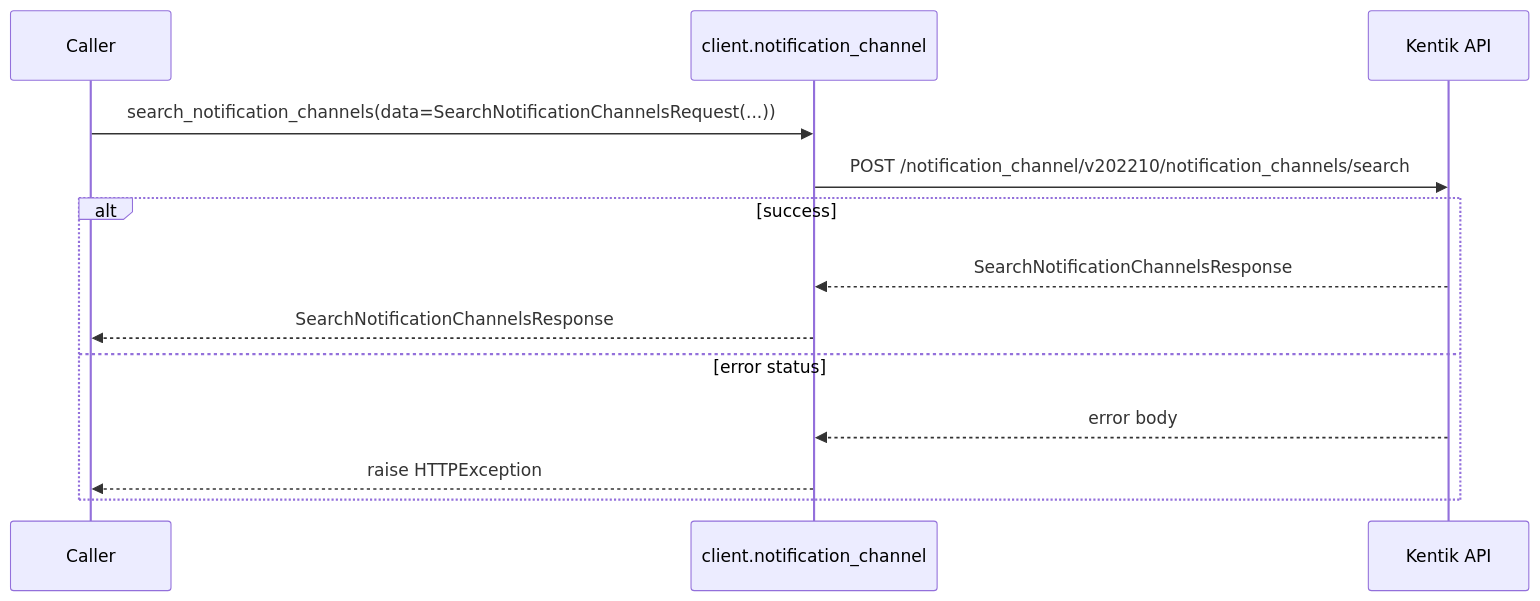
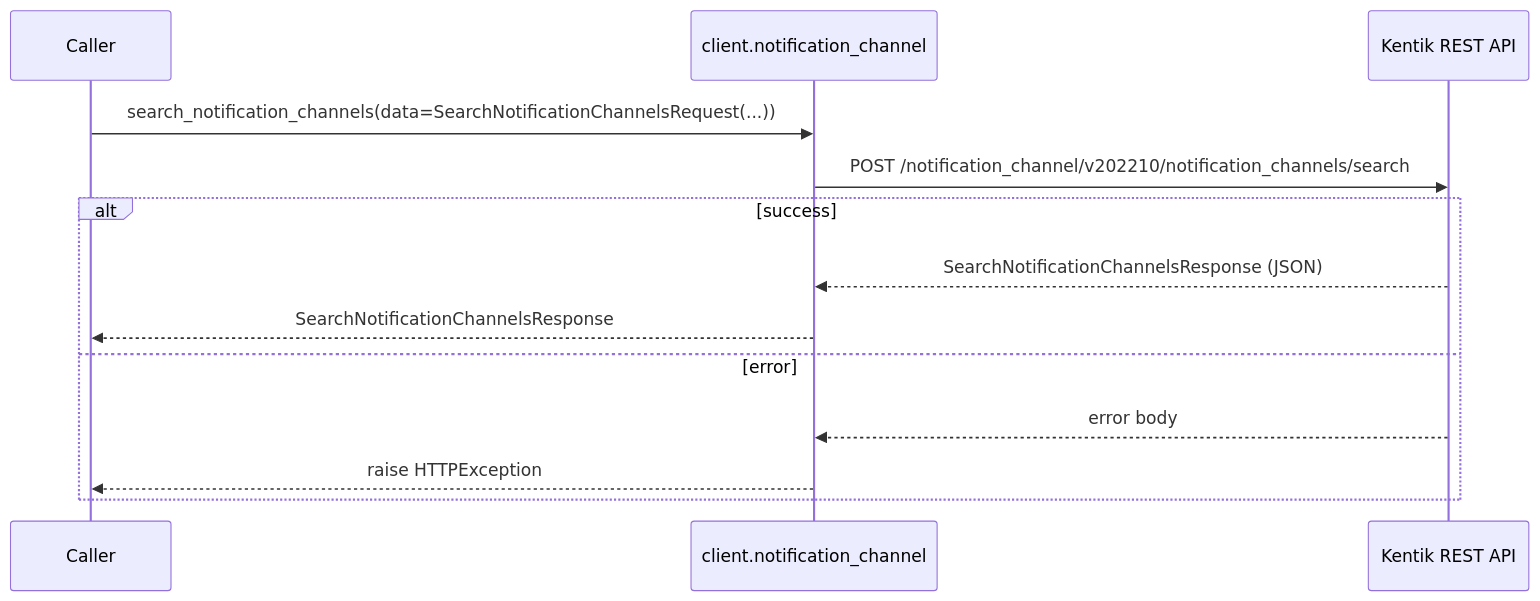
Before and after one commit to alexdearaujo/community_sdk_python: the fourth of 8 diagrams in docs/sphinx/services/notification_channel.md, drawn with Mermaid. The commit also changed other lines of this file and 61 other files, not shown here.

````diff
--- a/docs/sphinx/services/notification_channel.md
+++ b/docs/sphinx/services/notification_channel.md
@@ -75,16 +102,16 @@
 ```mermaid
 sequenceDiagram
     participant C as Caller
     participant W as client.notification_channel
-    participant API as Kentik API
+    participant API as Kentik REST API
 
     C->>W: search_notification_channels(data=SearchNotificationChannelsRequest(...))
     W->>API: POST /notification_channel/v202210/notification_channels/search
     alt success
-        API-->>W: SearchNotificationChannelsResponse
+        API-->>W: SearchNotificationChannelsResponse (JSON)
         W-->>C: SearchNotificationChannelsResponse
-    else error status
+    else error
         API-->>W: error body
         W-->>C: raise HTTPException
     end
 ```
````
